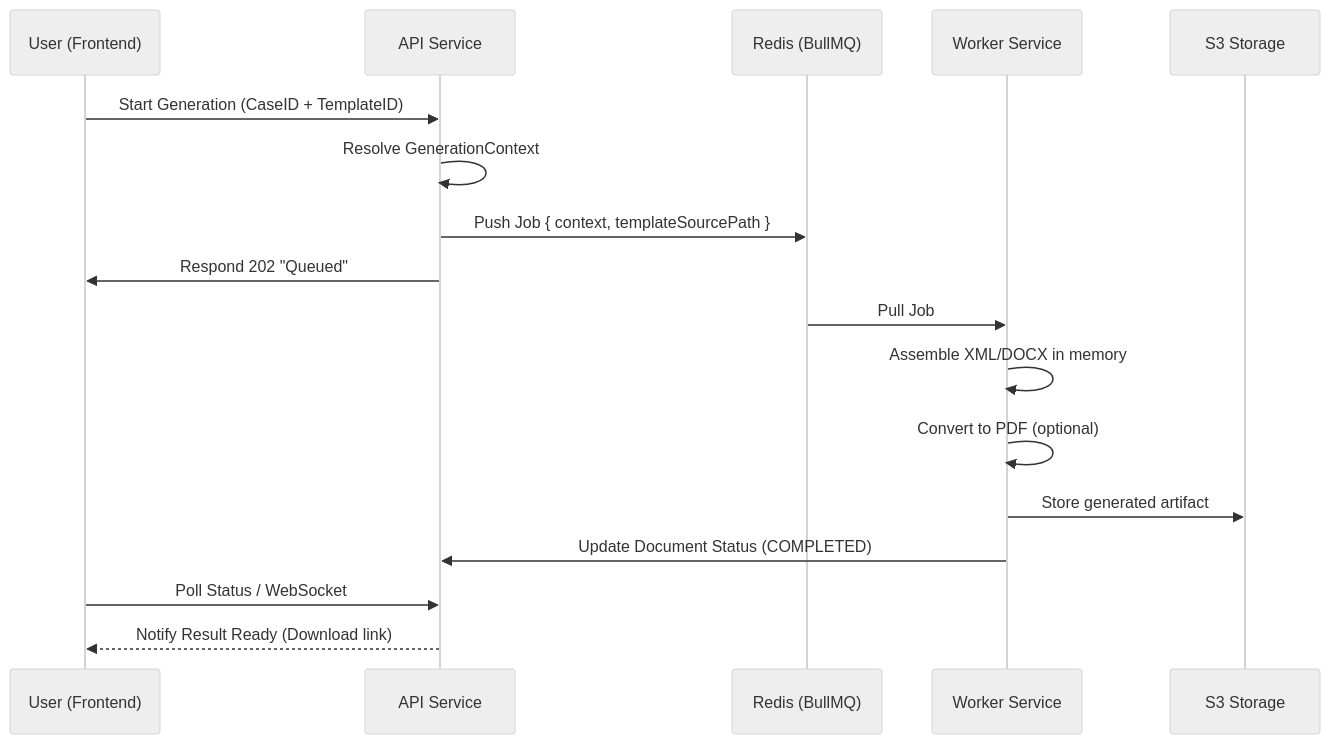
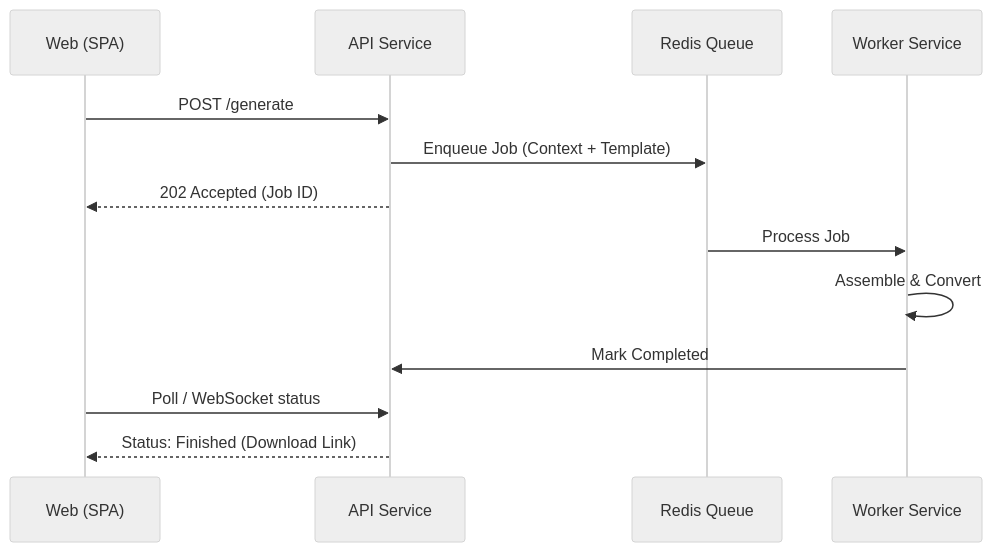
The second of 2 diagrams in docs/architecture.md (akumaqqe322/1), drawn with Mermaid (neutral theme) before and after one commit. The commit also changed other lines of this file and 6 other files, not shown here.

````diff
--- a/docs/architecture.md
+++ b/docs/architecture.md
@@ -47,22 +50,16 @@
 ```mermaid
 sequenceDiagram
-    participant U as User (Frontend)
-    participant A as API Service
-    participant Q as Redis (BullMQ)
-    participant W as Worker Service
-    participant S as S3 Storage
+    participant Web as Web (SPA)
+    participant API as API Service
+    participant Queue as Redis Queue
+    participant Worker as Worker Service
 
-    U->>A: Start Generation (CaseID + TemplateID)
-    A->>A: Resolve GenerationContext
-    A->>Q: Push Job { context, templateSourcePath }
-    A->>U: Respond 202 "Queued"
-    
-    Q->>W: Pull Job
-    W->>W: Assemble XML/DOCX in memory
-    W->>W: Convert to PDF (optional)
-    W->>S: Store generated artifact
-    W->>A: Update Document Status (COMPLETED)
-    
-    U->>A: Poll Status / WebSocket
-    A-->>U: Notify Result Ready (Download link)
+    Web->>API: POST /generate
+    API->>Queue: Enqueue Job (Context + Template)
+    API-->>Web: 202 Accepted (Job ID)
+    Queue->>Worker: Process Job
+    Worker->>Worker: Assemble & Convert
+    Worker->>API: Mark Completed
+    Web->>API: Poll / WebSocket status
+    API-->>Web: Status: Finished (Download Link)
 ```
````
